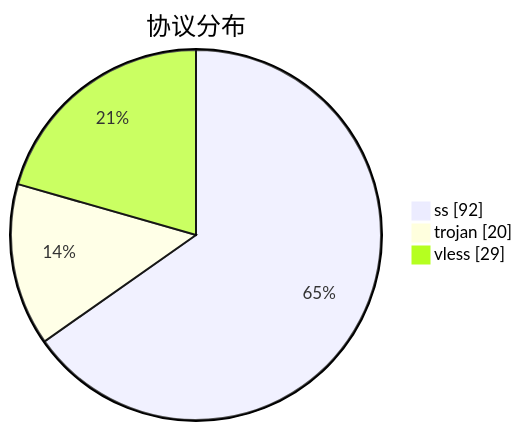
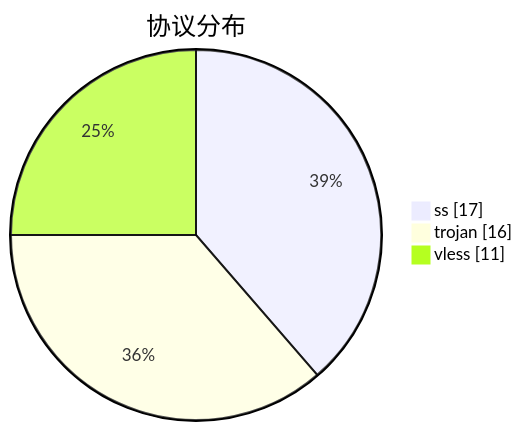
Before and after one commit to qjlxg/airport: the third of 3 diagrams in subs/statistics/tested_within.md, drawn with Mermaid. The commit also changed other lines of this file and 2 other files, not shown here.

````diff
--- a/subs/statistics/tested_within.md
+++ b/subs/statistics/tested_within.md
@@ -30,7 +25,7 @@
 ```mermaid
 pie showData
 title 协议分布
-"ss" : 92
-"trojan" : 20
-"vless" : 29
+"ss" : 17
+"trojan" : 16
+"vless" : 11
 ```
````
